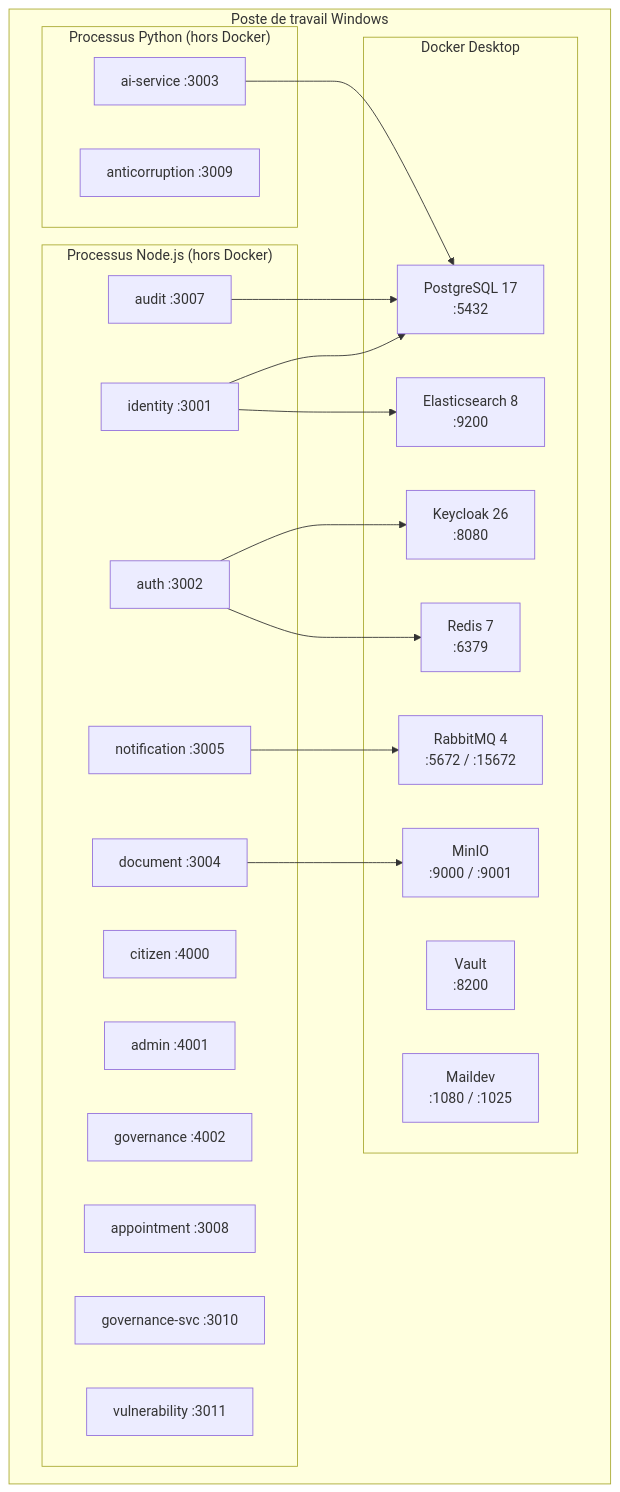
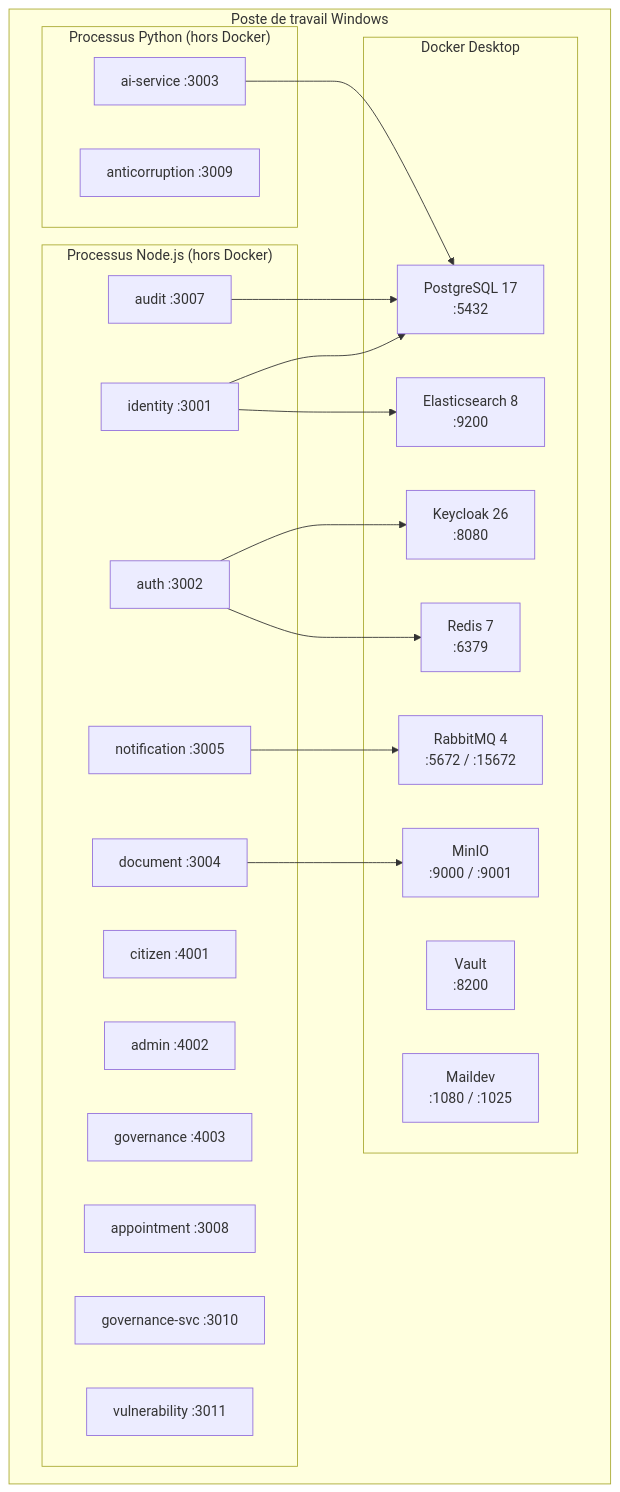
Before and after one commit to TheManInPink/Session-Ete-2026: diagram 12 of 13 in docs/02-ARCHITECTURE-GLOBALE.md, drawn with Mermaid. The commit also changed other lines of this file and 5 other files, not shown here.

````diff
--- a/docs/02-ARCHITECTURE-GLOBALE.md
+++ b/docs/02-ARCHITECTURE-GLOBALE.md
@@ -658,43 +658,43 @@
 ```mermaid
 graph TB
     subgraph "Poste de travail Windows"
         subgraph "Docker Desktop"
             D_PG["PostgreSQL 17<br/>:5432"]
             D_RD["Redis 7<br/>:6379"]
             D_RMQ["RabbitMQ 4<br/>:5672 / :15672"]
             D_MINIO["MinIO<br/>:9000 / :9001"]
             D_ES["Elasticsearch 8<br/>:9200"]
             D_KC["Keycloak 26<br/>:8080"]
             D_VAULT["Vault<br/>:8200"]
             D_MAIL["Maildev<br/>:1080 / :1025"]
         end
 
         subgraph "Processus Node.js (hors Docker)"
-            N_CIT["citizen :4000"]
-            N_ADM["admin :4001"]
-            N_GOV["governance :4002"]
+            N_CIT["citizen :4001"]
+            N_ADM["admin :4002"]
+            N_GOV["governance :4003"]
             N_ID["identity :3001"]
             N_AUTH["auth :3002"]
             N_DOC["document :3004"]
             N_NOTIF["notification :3005"]
             N_AUDIT["audit :3007"]
             N_RDV["appointment :3008"]
             N_GOUV["governance-svc :3010"]
             N_VULN["vulnerability :3011"]
         end
 
         subgraph "Processus Python (hors Docker)"
             P_AI["ai-service :3003"]
             P_SIGAC["anticorruption :3009"]
         end
     end
 
     N_ID --> D_PG
     N_ID --> D_ES
     N_AUTH --> D_KC
     N_AUTH --> D_RD
     N_NOTIF --> D_RMQ
     N_DOC --> D_MINIO
     N_AUDIT --> D_PG
     P_AI --> D_PG
 ```
````
